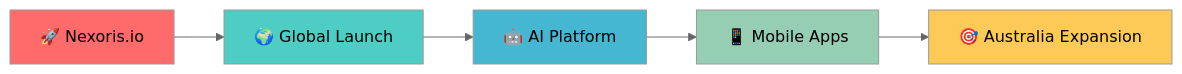
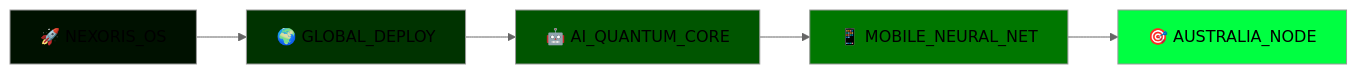
One commit to gooseprime/gooseprime changed the fourth of 7 diagrams in README.md. Above: the diagram before and after it, drawn with Mermaid (neutral theme). The commit also changed other lines of this file, not shown here.

````diff
--- a/README.md
+++ b/README.md
@@ -172,13 +175,13 @@
 ```mermaid
 graph LR
-    A[🚀 Nexoris.io] --> B[🌍 Global Launch]
-    B --> C[🤖 AI Platform]
-    C --> D[📱 Mobile Apps]
-    D --> E[🎯 Australia Expansion]
+    A[🚀 NEXORIS_OS] --> B[🌍 GLOBAL_DEPLOY]
+    B --> C[🤖 AI_QUANTUM_CORE]
+    C --> D[📱 MOBILE_NEURAL_NET]
+    D --> E[🎯 AUSTRALIA_NODE]
     
-    style A fill:#ff6b6b
-    style B fill:#4ecdc4
-    style C fill:#45b7d1
-    style D fill:#96ceb4
-    style E fill:#feca57
+    style A fill:#001100
+    style B fill:#003300
+    style C fill:#005500
+    style D fill:#007700
+    style E fill:#00FF41
 ```
````
